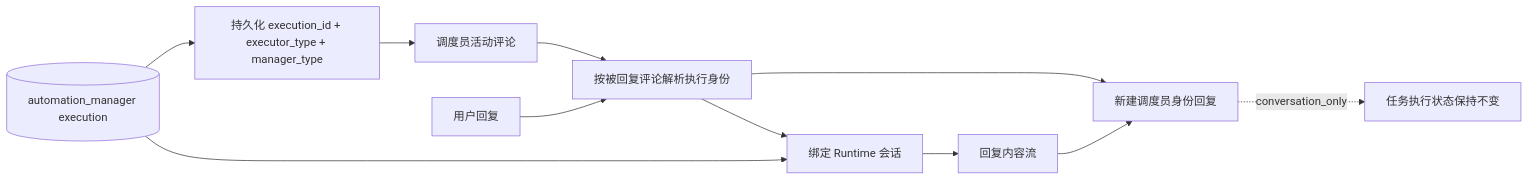
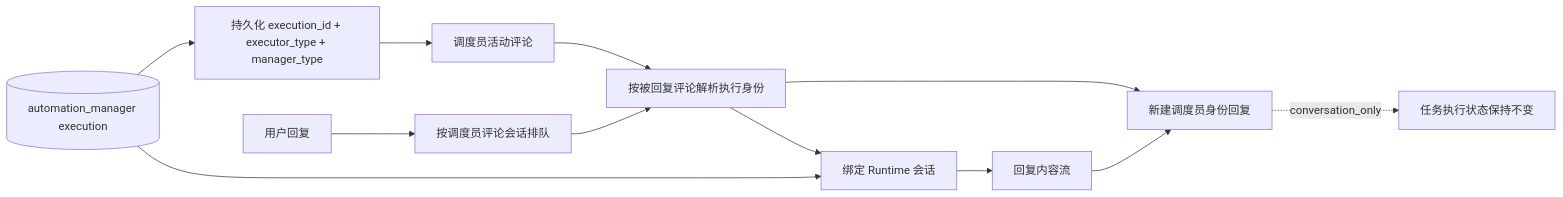
The first of 2 diagrams in docs/zh/architecture/automation-manager-continuation.md (wecode-ai/Wegent), drawn with Mermaid before and after one commit. The commit also changed other lines of this file and 6 other files, not shown here.

````diff
--- a/docs/zh/architecture/automation-manager-continuation.md
+++ b/docs/zh/architecture/automation-manager-continuation.md
@@ -7,13 +7,14 @@
 ```mermaid
 flowchart LR
     EXEC[(automation_manager execution)] --> BIND[持久化 execution_id + executor_type + manager_type]
     BIND --> ROOT[调度员活动评论]
     EXEC --> SESSION[绑定 Runtime 会话]
-    USER[用户回复] --> ROUTE[按被回复评论解析执行身份]
+    USER[用户回复] --> QUEUE[按调度员评论会话排队]
+    QUEUE --> ROUTE[按被回复评论解析执行身份]
     ROOT --> ROUTE
     ROUTE --> REPLY[新建调度员身份回复]
     ROUTE --> SESSION
     SESSION --> STREAM[回复内容流]
     STREAM --> REPLY
     REPLY -. conversation_only .-> TASK[任务执行状态保持不变]
 ```
````
